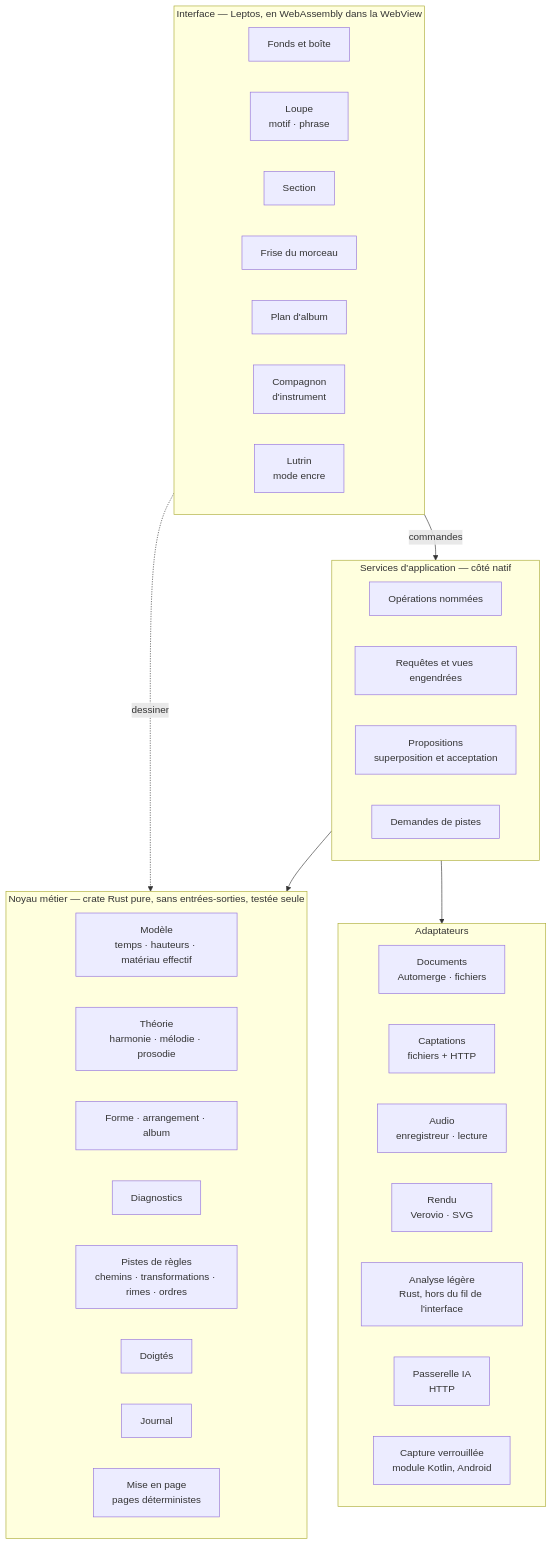
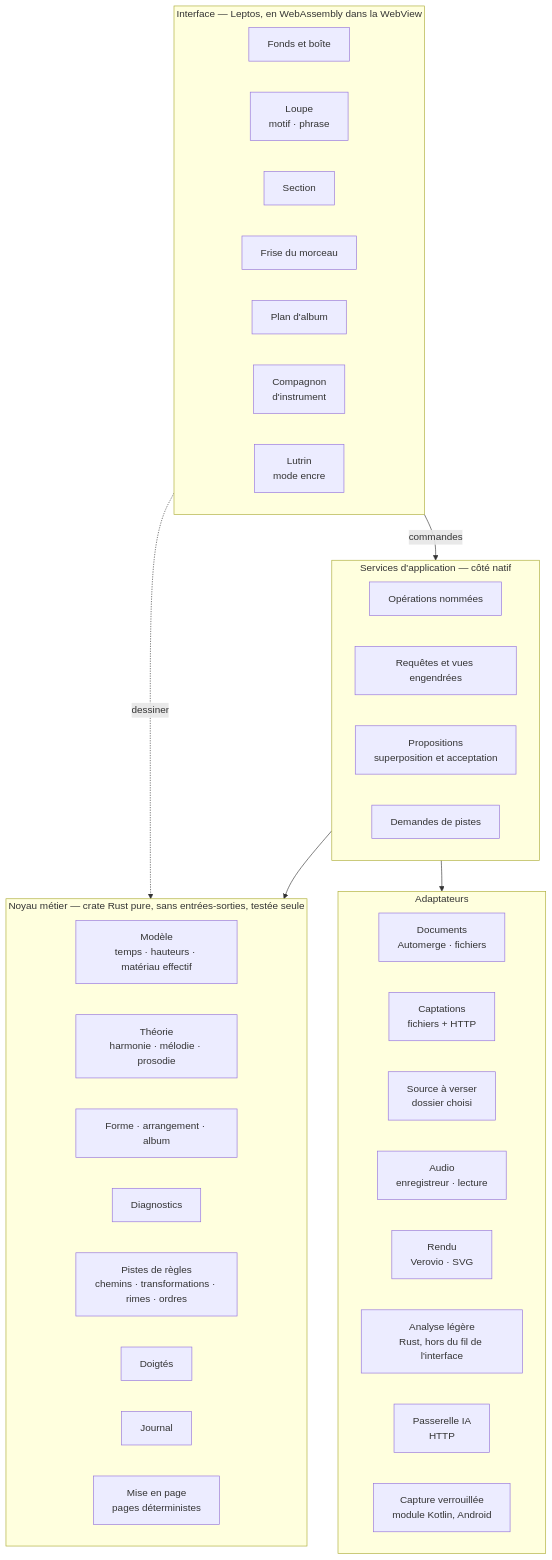
The third of 13 diagrams in docs/40-architecture.md (EdouardZemb/pupitre), drawn with Mermaid before and after one commit. The commit also changed other lines of this file and 45 other files, not shown here.

````diff
--- a/docs/40-architecture.md
+++ b/docs/40-architecture.md
@@ -114,45 +114,46 @@
 ```mermaid
 flowchart TB
   subgraph UI["Interface — Leptos, en WebAssembly dans la WebView"]
     direction LR
     V1["Fonds et boîte"]
     V2["Loupe<br/>motif · phrase"]
     V3["Section"]
     V4["Frise du morceau"]
     V5["Plan d'album"]
     V6["Compagnon<br/>d'instrument"]
     V7["Lutrin<br/>mode encre"]
   end
   subgraph SVC["Services d'application — côté natif"]
     direction LR
     CMD["Opérations nommées"]
     REQ["Requêtes et vues engendrées"]
     PRO["Propositions<br/>superposition et acceptation"]
     SUG["Demandes de pistes"]
   end
   subgraph NOYAU["Noyau métier — crate Rust pure, sans entrées-sorties, testée seule"]
     direction LR
     MOD["Modèle<br/>temps · hauteurs · matériau effectif"]
     THE["Théorie<br/>harmonie · mélodie · prosodie"]
     FOR["Forme · arrangement · album"]
     DIA["Diagnostics"]
     REG["Pistes de règles<br/>chemins · transformations · rimes · ordres"]
     DOI["Doigtés"]
     JOU["Journal"]
     MEP["Mise en page<br/>pages déterministes"]
   end
   subgraph ADA["Adaptateurs"]
     direction LR
     A1["Documents<br/>Automerge · fichiers"]
     A2["Captations<br/>fichiers + HTTP"]
+    A8["Source à verser<br/>dossier choisi"]
     A3["Audio<br/>enregistreur · lecture"]
     A4["Rendu<br/>Verovio · SVG"]
     A5["Analyse légère<br/>Rust, hors du fil de l'interface"]
     A6["Passerelle IA<br/>HTTP"]
     A7["Capture verrouillée<br/>module Kotlin, Android"]
   end
   UI -->|"commandes"| SVC
   UI -.->|"dessiner"| NOYAU
   SVC --> NOYAU
   SVC --> ADA
 ```
````
